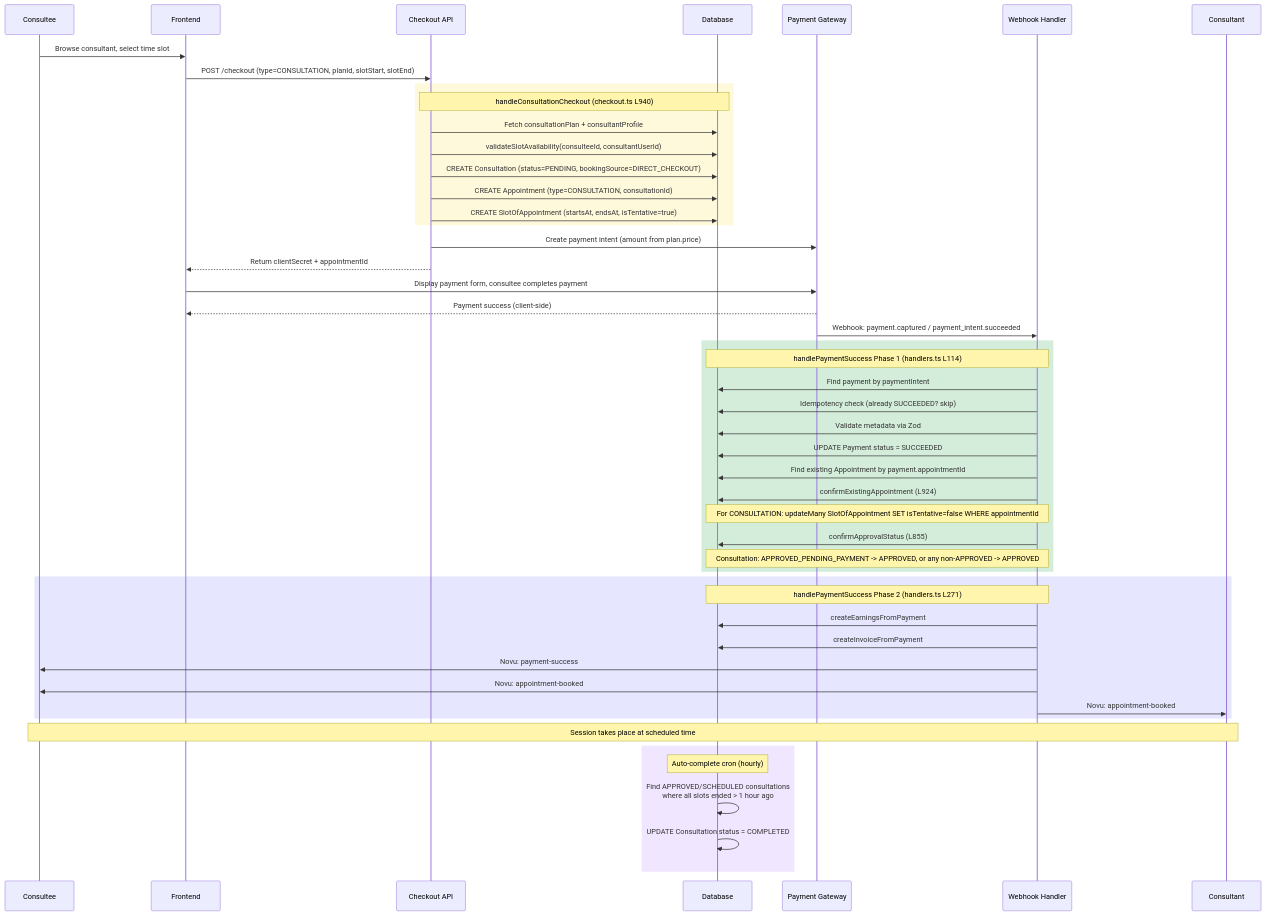
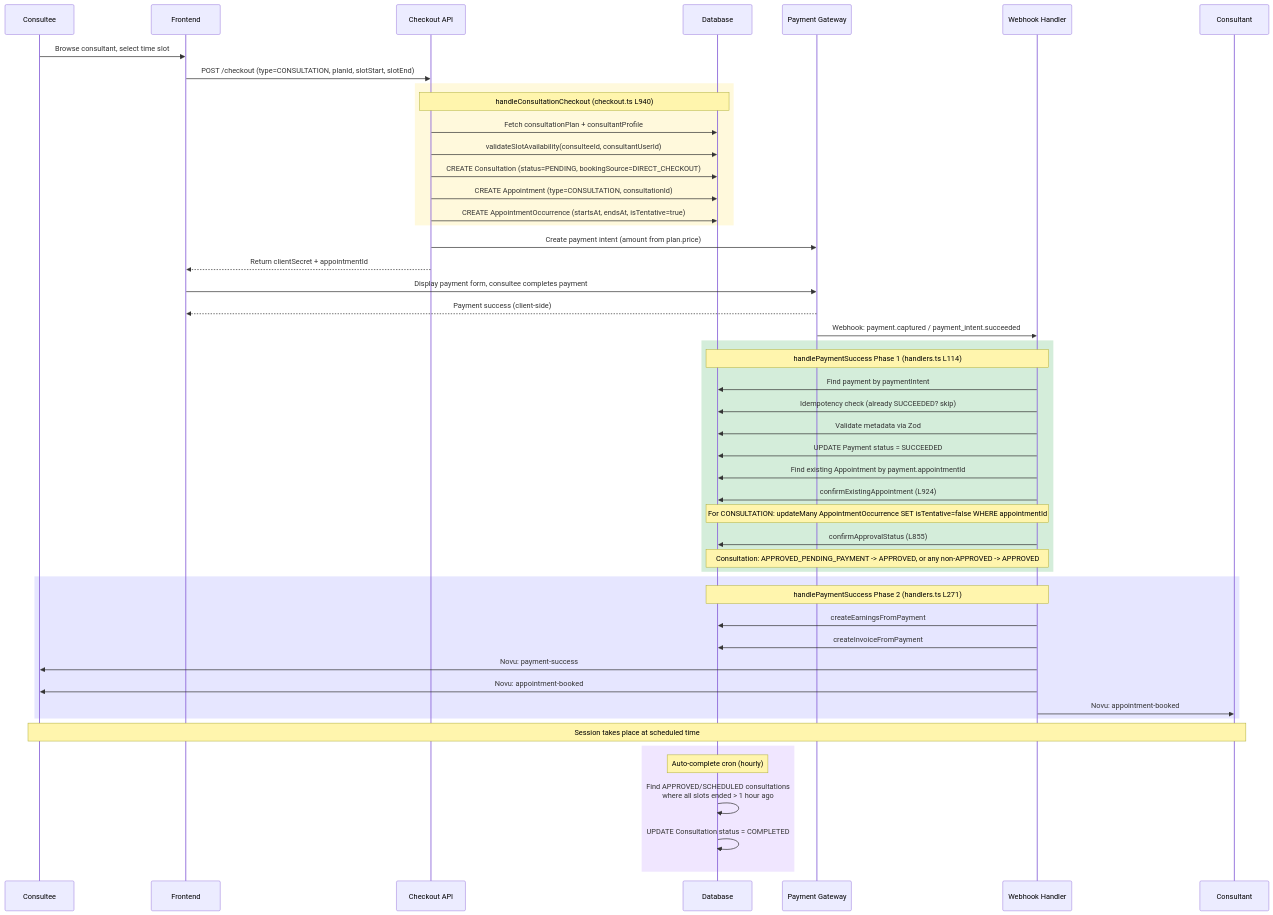
The fourth of 16 diagrams in docs/booking/06-booking-lifecycle.md (Practitionist/familiarise_web), drawn with Mermaid before and after one commit. The commit also changed other lines of this file and 107 other files, not shown here.

Commit message:
docs(vocabulary): the scheduling glossary, booking, feedback, support, stream and review docs speak AppointmentOccurrence, Meeting and Trial (#1554)

````diff
--- a/docs/booking/06-booking-lifecycle.md
+++ b/docs/booking/06-booking-lifecycle.md
@@ -196,58 +196,58 @@
 ```mermaid
 sequenceDiagram
     participant CE as Consultee
     participant FE as Frontend
     participant API as Checkout API
     participant DB as Database
     participant GW as Payment Gateway
     participant WH as Webhook Handler
     participant CT as Consultant
 
     CE->>FE: Browse consultant, select time slot
     FE->>API: POST /checkout (type=CONSULTATION, planId, slotStart, slotEnd)
 
     rect rgb(255, 249, 220)
         Note over API,DB: handleConsultationCheckout (checkout.ts L940)
         API->>DB: Fetch consultationPlan + consultantProfile
         API->>DB: validateSlotAvailability(consulteeId, consultantUserId)
         API->>DB: CREATE Consultation (status=PENDING, bookingSource=DIRECT_CHECKOUT)
         API->>DB: CREATE Appointment (type=CONSULTATION, consultationId)
-        API->>DB: CREATE SlotOfAppointment (startsAt, endsAt, isTentative=true)
+        API->>DB: CREATE AppointmentOccurrence (startsAt, endsAt, isTentative=true)
     end
 
     API->>GW: Create payment intent (amount from plan.price)
     API-->>FE: Return clientSecret + appointmentId
     FE->>GW: Display payment form, consultee completes payment
     GW-->>FE: Payment success (client-side)
     GW->>WH: Webhook: payment.captured / payment_intent.succeeded
 
     rect rgb(212, 237, 218)
         Note over WH,DB: handlePaymentSuccess Phase 1 (handlers.ts L114)
         WH->>DB: Find payment by paymentIntent
         WH->>DB: Idempotency check (already SUCCEEDED? skip)
         WH->>DB: Validate metadata via Zod
         WH->>DB: UPDATE Payment status = SUCCEEDED
         WH->>DB: Find existing Appointment by payment.appointmentId
         WH->>DB: confirmExistingAppointment (L924)
-        Note over WH,DB: For CONSULTATION: updateMany SlotOfAppointment SET isTentative=false WHERE appointmentId
+        Note over WH,DB: For CONSULTATION: updateMany AppointmentOccurrence SET isTentative=false WHERE appointmentId
         WH->>DB: confirmApprovalStatus (L855)
         Note over WH,DB: Consultation: APPROVED_PENDING_PAYMENT -> APPROVED, or any non-APPROVED -> APPROVED
     end
 
     rect rgb(230, 230, 255)
         Note over WH,DB: handlePaymentSuccess Phase 2 (handlers.ts L271)
         WH->>DB: createEarningsFromPayment
         WH->>DB: createInvoiceFromPayment
         WH->>CE: Novu: payment-success
         WH->>CE: Novu: appointment-booked
         WH->>CT: Novu: appointment-booked
     end
 
     Note over CE,CT: Session takes place at scheduled time
 
     rect rgb(240, 230, 255)
         Note over DB: Auto-complete cron (hourly)
         DB->>DB: Find APPROVED/SCHEDULED consultations<br/>where all slots ended > 1 hour ago
         DB->>DB: UPDATE Consultation status = COMPLETED
     end
 ```
````
